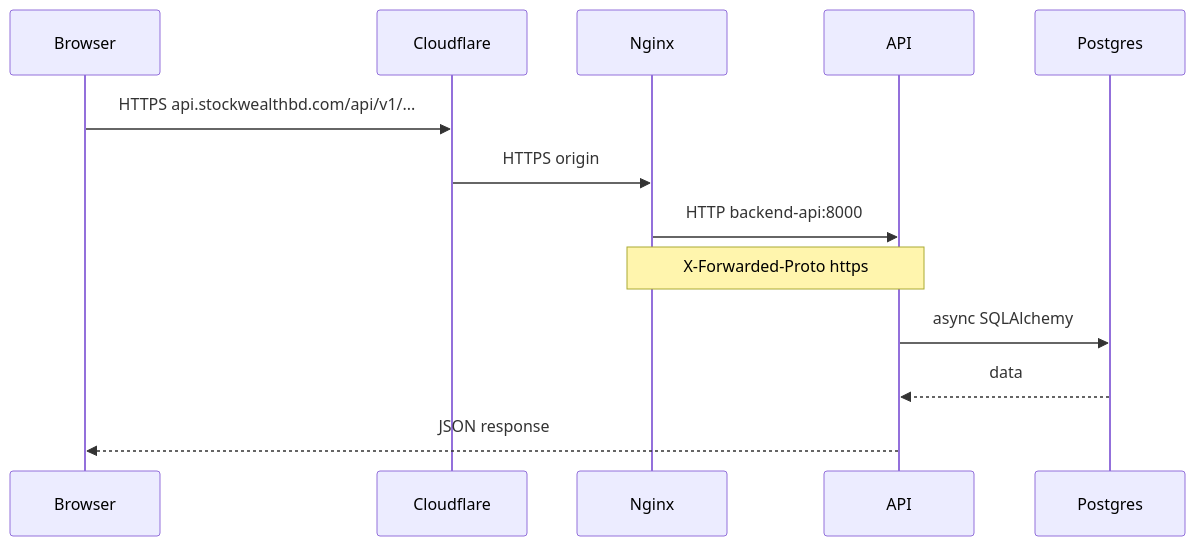
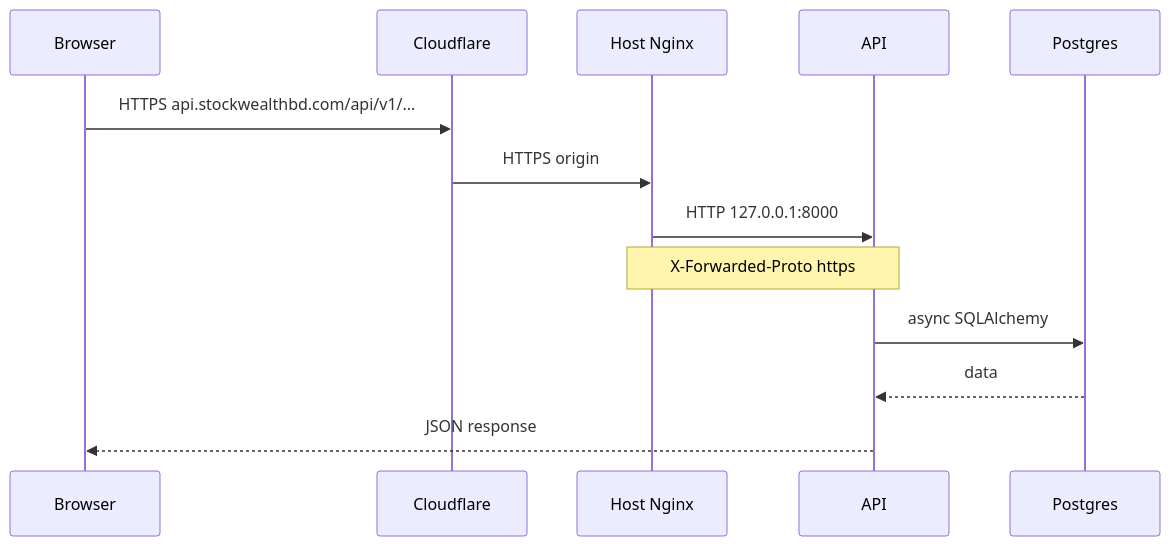
Before and after one commit to Jrahimin/smart-stock: the third of 3 diagrams in backend/docs/deployment_architecture.md, drawn with Mermaid. The commit also changed other lines of this file and 7 other files, not shown here.

````diff
--- a/backend/docs/deployment_architecture.md
+++ b/backend/docs/deployment_architecture.md
@@ -93,16 +95,16 @@
 ```mermaid
 sequenceDiagram
     participant Browser
     participant Cloudflare
-    participant Nginx
+    participant HostNginx as Host Nginx
     participant API
     participant Postgres
 
     Browser->>Cloudflare: HTTPS api.stockwealthbd.com/api/v1/...
-    Cloudflare->>Nginx: HTTPS origin
-    Nginx->>API: HTTP backend-api:8000
-    Note over Nginx,API: X-Forwarded-Proto https
+    Cloudflare->>HostNginx: HTTPS origin
+    HostNginx->>API: HTTP 127.0.0.1:8000
+    Note over HostNginx,API: X-Forwarded-Proto https
     API->>Postgres: async SQLAlchemy
     Postgres-->>API: data
     API-->>Browser: JSON response
 ```
````
